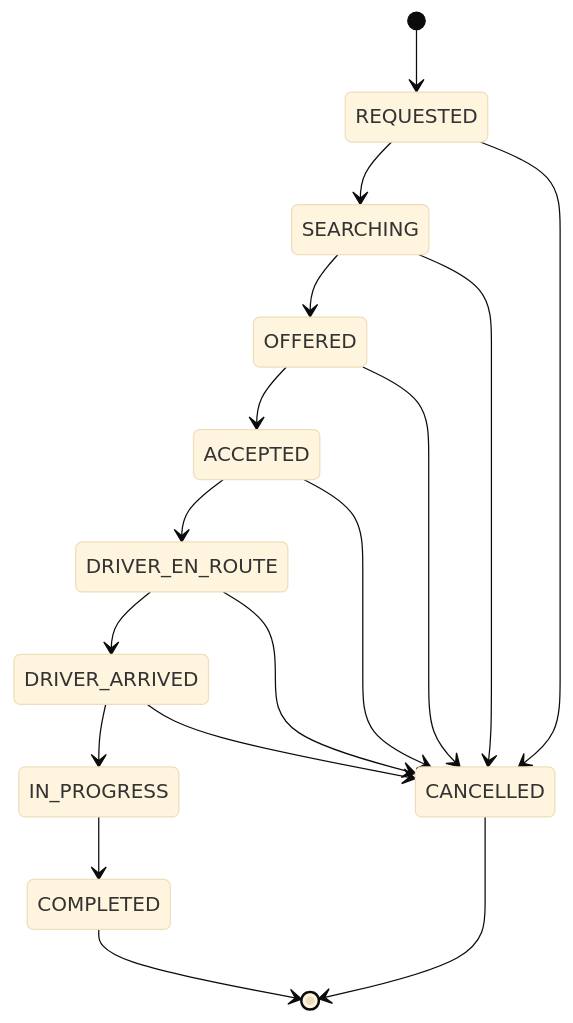
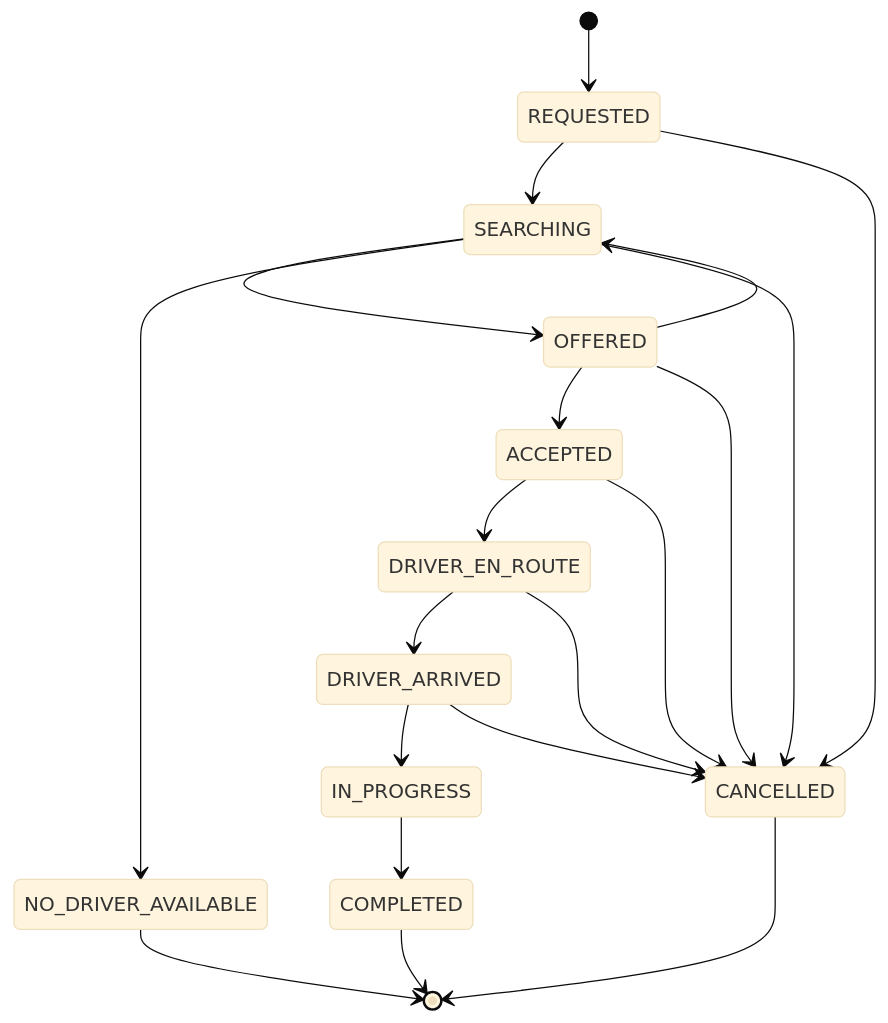
Before and after one commit to leccorside/Voztri: the first of 2 diagrams in README.md, drawn with Mermaid (base theme). The commit also changed other lines of this file and 9 other files, not shown here.

````diff
--- a/README.md
+++ b/README.md
@@ -101,19 +101,22 @@
 ```mermaid
 stateDiagram-v2
     [*] --> REQUESTED
     REQUESTED --> SEARCHING
     SEARCHING --> OFFERED
+    OFFERED --> SEARCHING
+    SEARCHING --> NO_DRIVER_AVAILABLE
     OFFERED --> ACCEPTED
     ACCEPTED --> DRIVER_EN_ROUTE
     DRIVER_EN_ROUTE --> DRIVER_ARRIVED
     DRIVER_ARRIVED --> IN_PROGRESS
     IN_PROGRESS --> COMPLETED
     REQUESTED --> CANCELLED
     SEARCHING --> CANCELLED
     OFFERED --> CANCELLED
     ACCEPTED --> CANCELLED
     DRIVER_EN_ROUTE --> CANCELLED
     DRIVER_ARRIVED --> CANCELLED
     COMPLETED --> [*]
     CANCELLED --> [*]
+    NO_DRIVER_AVAILABLE --> [*]
 ```
````
